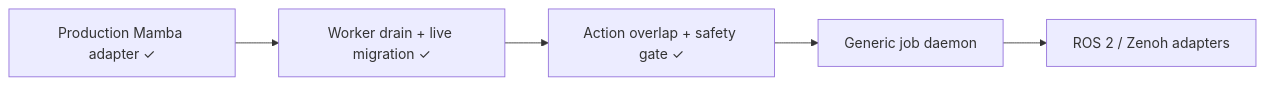
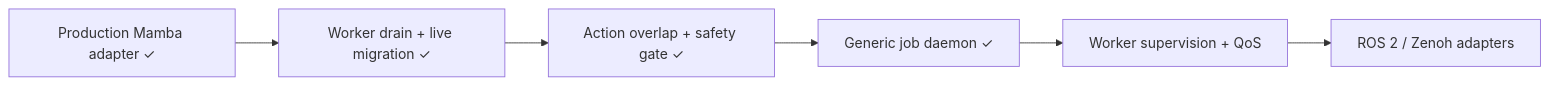
One commit to elprofesoriqo/FlowEdge changed the diagram in docs/roadmap.md. Above: the diagram before and after it, drawn with Mermaid. The commit also changed other lines of this file and 9 other files, not shown here.

Commit message:
docs(relay): document generic job service

````diff
--- a/docs/roadmap.md
+++ b/docs/roadmap.md
@@ -16,7 +16,8 @@
 ```{mermaid}
 flowchart LR
   M[Production Mamba adapter ✓] --> G[Worker drain + live migration ✓]
   G --> A[Action overlap + safety gate ✓]
-  A --> D[Generic job daemon]
-  D --> R[ROS 2 / Zenoh adapters]
+  A --> D[Generic job daemon ✓]
+  D --> S[Worker supervision + QoS]
+  S --> R[ROS 2 / Zenoh adapters]
 ```
````
